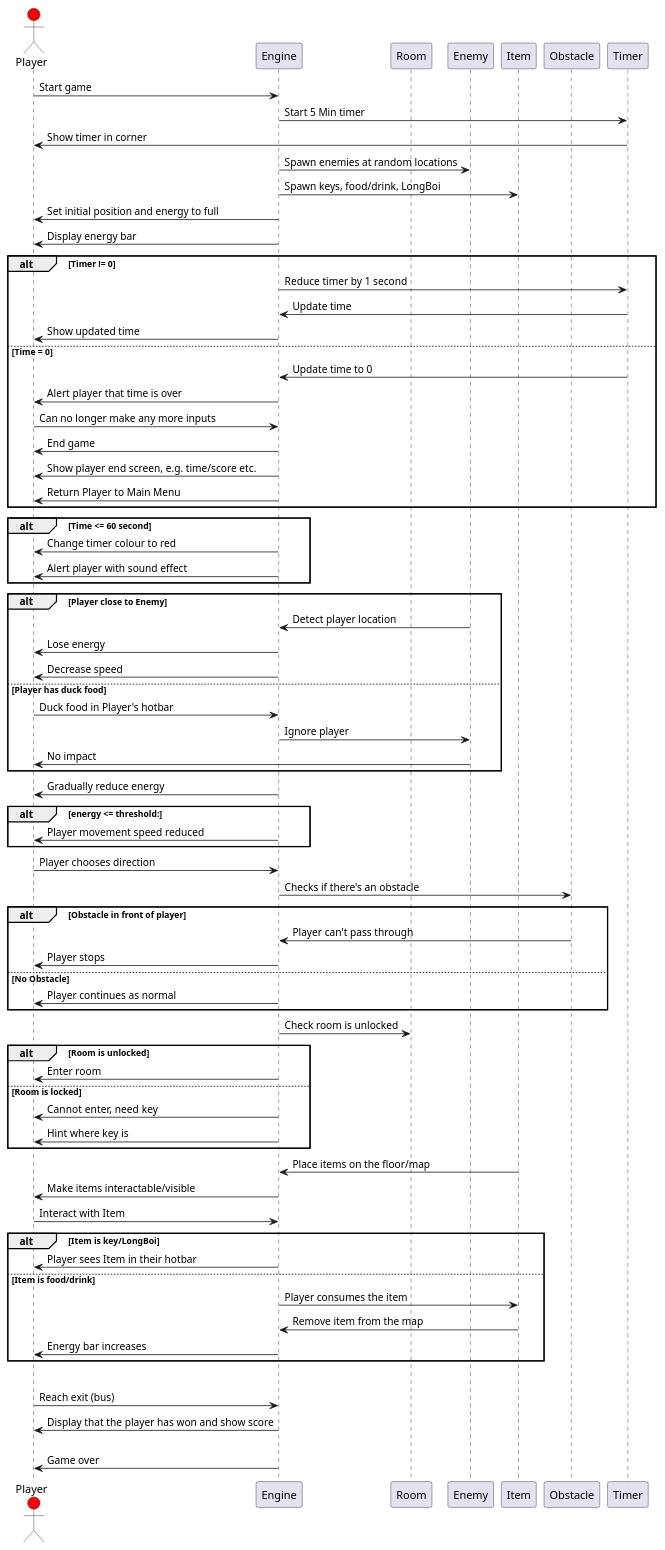
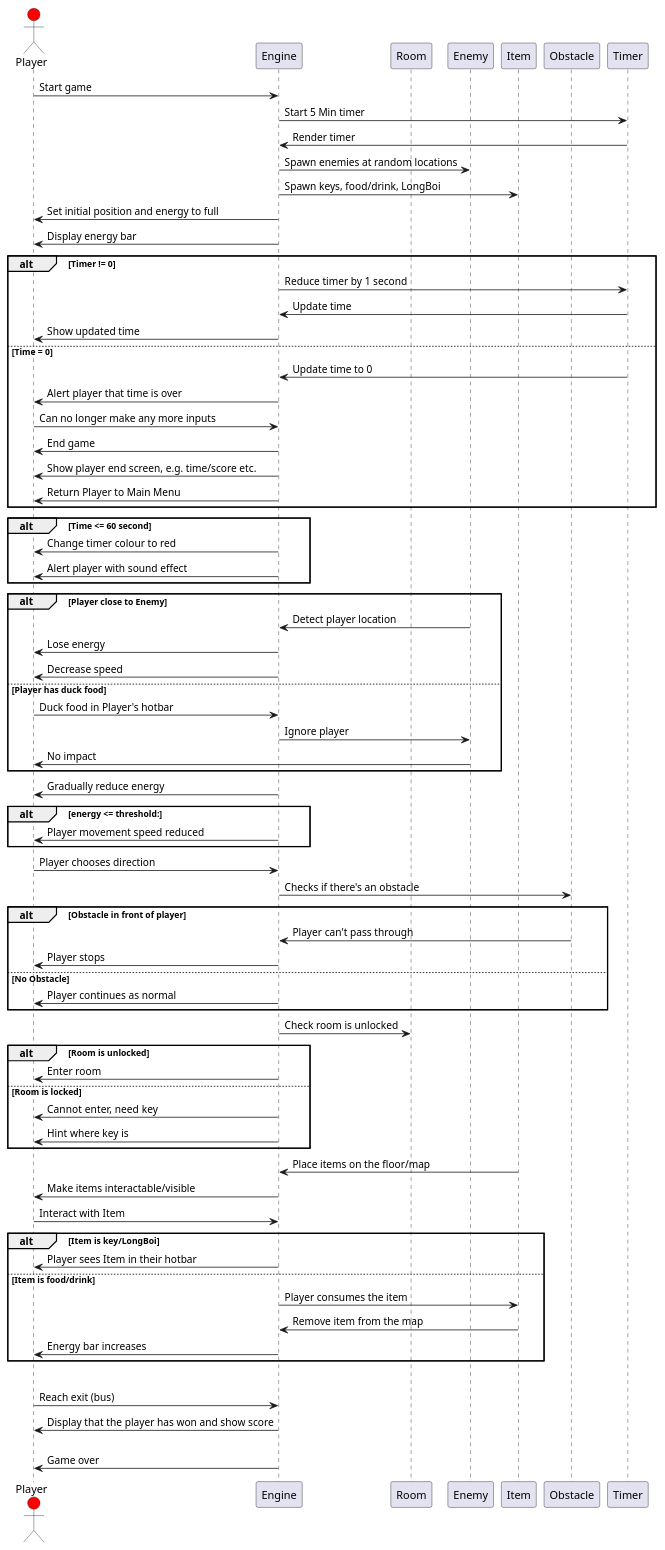
One commit to WHALES-ENG1/WHALES-Assets changed the diagram in Architecture/structuralMain.puml. Above: the diagram before and after it, drawn with PlantUML.

Commit message:
Timer may appear anywhere

```diff
--- a/Architecture/structuralMain.puml
+++ b/Architecture/structuralMain.puml
@@ -1,142 +1,142 @@
 @startuml structuralDiagram
 
 'separate diagram for main menu? i.e. settings leaderboard'
 
 'participants: player, room, engine, goose'
 'sequence diagram - mainly decisions'
 
 actor Player #Red
 participant Engine
 participant Room
 participant Enemy
 participant Item
 participant Obstacle
 participant Timer
 
 
 'start of the game'
 
 Player -> Engine: Start game
 Engine -> Timer: Start 5 Min timer
-Timer -> Player: Show timer in corner
+Timer -> Engine: Render timer
 
 
 'creation of the maze
 
 Engine -> Enemy: Spawn enemies at random locations
 Engine -> Item: Spawn keys, food/drink, LongBoi
 Engine -> Player: Set initial position and energy to full
 Engine -> Player: Display energy bar
 
 
 'timer:'
 
 alt Timer != 0
     Engine -> Timer: Reduce timer by 1 second
     Timer -> Engine: Update time
     Engine -> Player: Show updated time
 
 else Time = 0
 
     'make more detailed - i.e if the player has won or not:'
     'also add colour changes for important times, e.g. 1 min left'
 
     Timer -> Engine: Update time to 0
     Engine -> Player: Alert player that time is over
     Player -> Engine: Can no longer make any more inputs
     Engine -> Player: End game
     Engine -> Player: Show player end screen, e.g. time/score etc.
     Engine -> Player: Return Player to Main Menu
 
 end
 
 alt Time <= 60 second
     Engine -> Player: Change timer colour to red
     Engine -> Player: Alert player with sound effect
 
 end
 
 
 'goose (enemy):'
 
 alt Player close to Enemy
     Enemy -> Engine: Detect player location
     Engine -> Player: Lose energy
     Engine -> Player: Decrease speed
 
 else Player has duck food
     Player -> Engine: Duck food in Player's hotbar
     Engine -> Enemy: Ignore player
     Enemy -> Player: No impact
 
 end
 
 
 'energy system'
 
 Engine -> Player: Gradually reduce energy
 
 alt energy <= threshold:
     Engine -> Player: Player movement speed reduced
 
 end
 
 
 'player movement:'
 
 Player -> Engine: Player chooses direction
 Engine -> Obstacle: Checks if there's an obstacle
 
 alt Obstacle in front of player
     Obstacle -> Engine: Player can't pass through
     Engine -> Player: Player stops
 
 else No Obstacle
     Engine -> Player: Player continues as normal
 
 end
 
 
 'rooms/doors
 
 Engine -> Room: Check room is unlocked
 
 alt Room is unlocked
     Engine -> Player: Enter room
 
 else Room is locked
     Engine -> Player: Cannot enter, need key
     Engine -> Player: Hint where key is
 
 end
 
 
 'items:'
 
 Item -> Engine: Place items on the floor/map
 Engine -> Player: Make items interactable/visible
 
 Player -> Engine: Interact with Item
 
 alt Item is key/LongBoi
     Engine -> Player: Player sees Item in their hotbar
 
 else Item is food/drink
     Engine -> Item: Player consumes the item
     Item -> Engine: Remove item from the map
     Engine -> Player: Energy bar increases
 
 end
 
 
 'player wins the game (longboi is returned and make the bus):'
 
 alt Player has LongBoi and Time != 0
     Player -> Engine: Reach exit (bus)
     Engine -> Player: Display that the player has won and show score
 
 else Player doesn't have LongBoi or time = 0
     Engine -> Player: Game over
 
 
 @enduml
```
